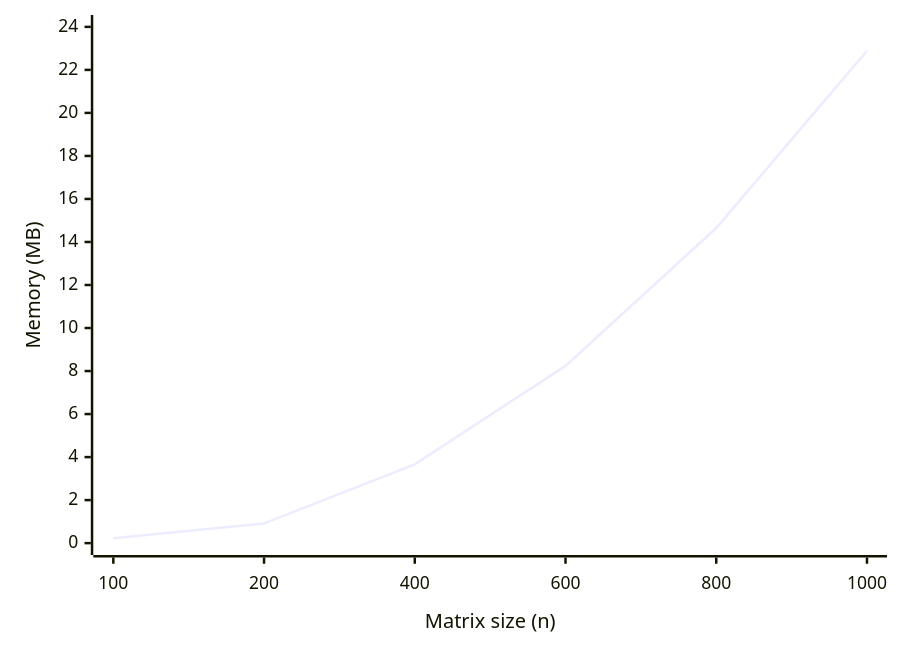
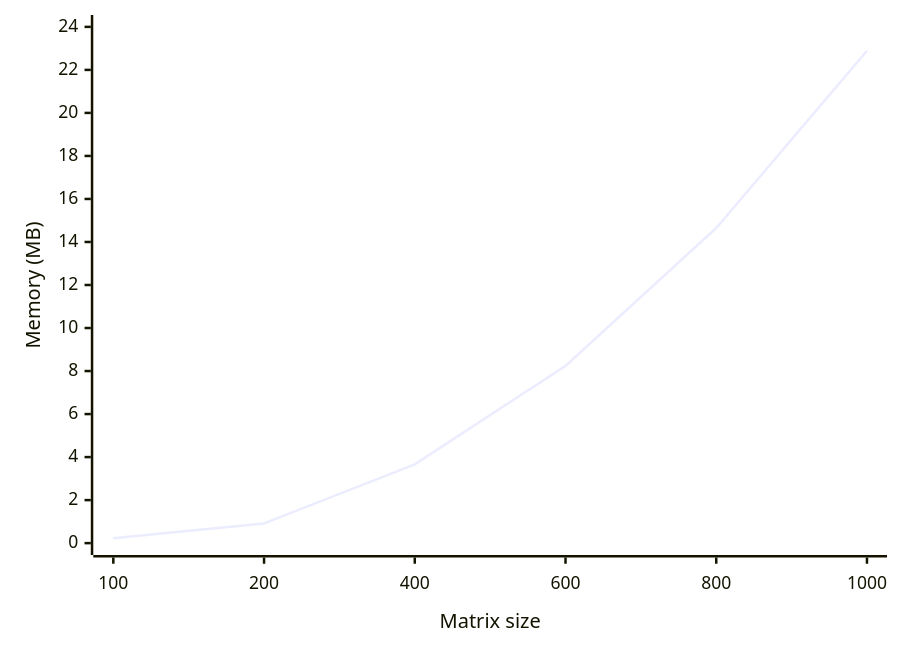
Before and after one commit to maryaniki/parallel-programming: the second of 2 diagrams in README.md, drawn with Mermaid. The commit also changed other lines of this file, not shown here.

````diff
--- a/README.md
+++ b/README.md
@@ -90,6 +90,6 @@
 ```mermaid
 xychart-beta
-    x-axis "Matrix size (n)" [100, 200, 400, 600, 800, 1000]
+    x-axis "Matrix size" [100, 200, 400, 600, 800, 1000]
     y-axis "Memory (MB)" 0 --> 24
     line [0.228882, 0.915527, 3.66211, 8.23975, 14.6484, 22.8882]
 ```
````
